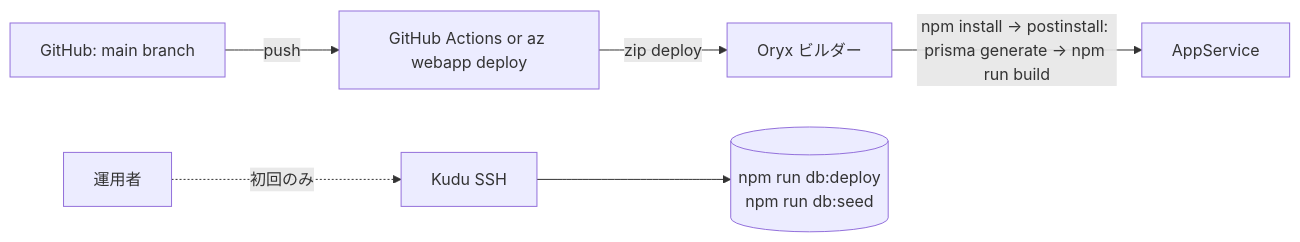
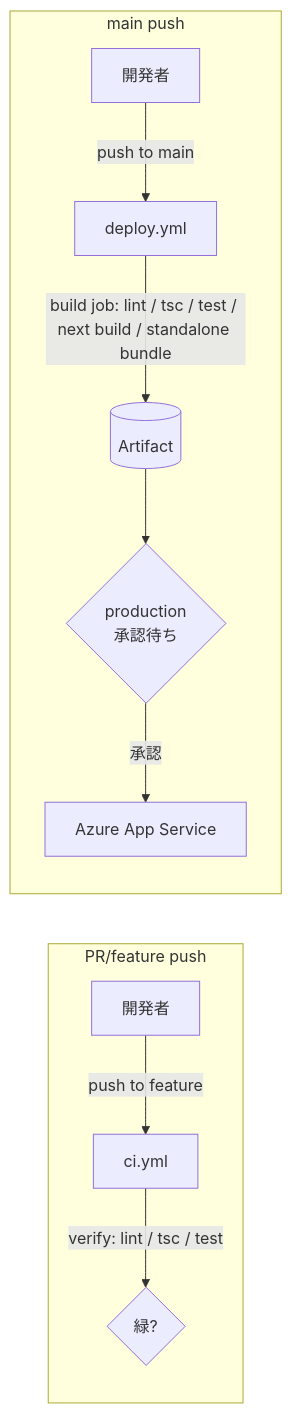
One commit to sugiykoba66/claudedemo changed the fourth of 4 diagrams in docs/design.md. Above: the diagram before and after it, drawn with Mermaid. The commit also changed other lines of this file, not shown here.

````diff
--- a/docs/design.md
+++ b/docs/design.md
@@ -487,8 +523,13 @@
 ```mermaid
 flowchart LR
-  GH[GitHub: main branch] -->|push| GHA[GitHub Actions or az webapp deploy]
-  GHA -->|zip deploy| Oryx[Oryx ビルダー]
-  Oryx -->|npm install → postinstall: prisma generate → npm run build| AppService
-  Operator[運用者] -.初回のみ.-> Kudu[Kudu SSH]
-  Kudu --> DB[(npm run db:deploy<br/>npm run db:seed)]
+  subgraph PR/feature push
+    Dev[開発者] -->|push to feature| CI[ci.yml]
+    CI -->|verify: lint / tsc / test| Result1{緑?}
+  end
+  subgraph main push
+    Dev2[開発者] -->|push to main| Deploy[deploy.yml]
+    Deploy -->|build job: lint / tsc / test / next build / standalone bundle| Artifact[(Artifact)]
+    Artifact --> Approval{production<br/>承認待ち}
+    Approval -->|承認| AppService[Azure App Service]
+  end
 ```
````
